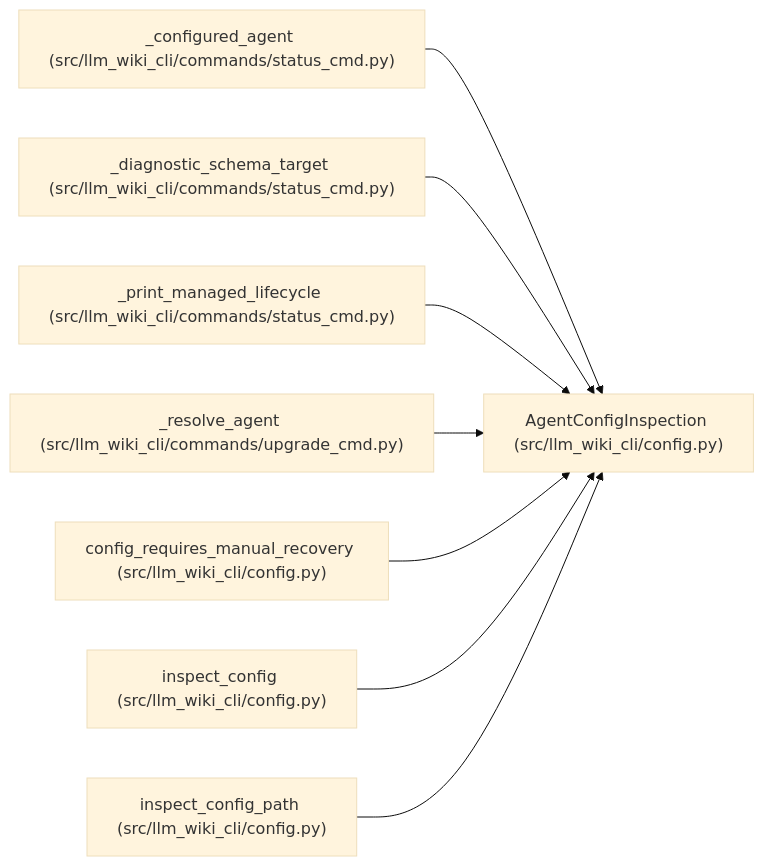
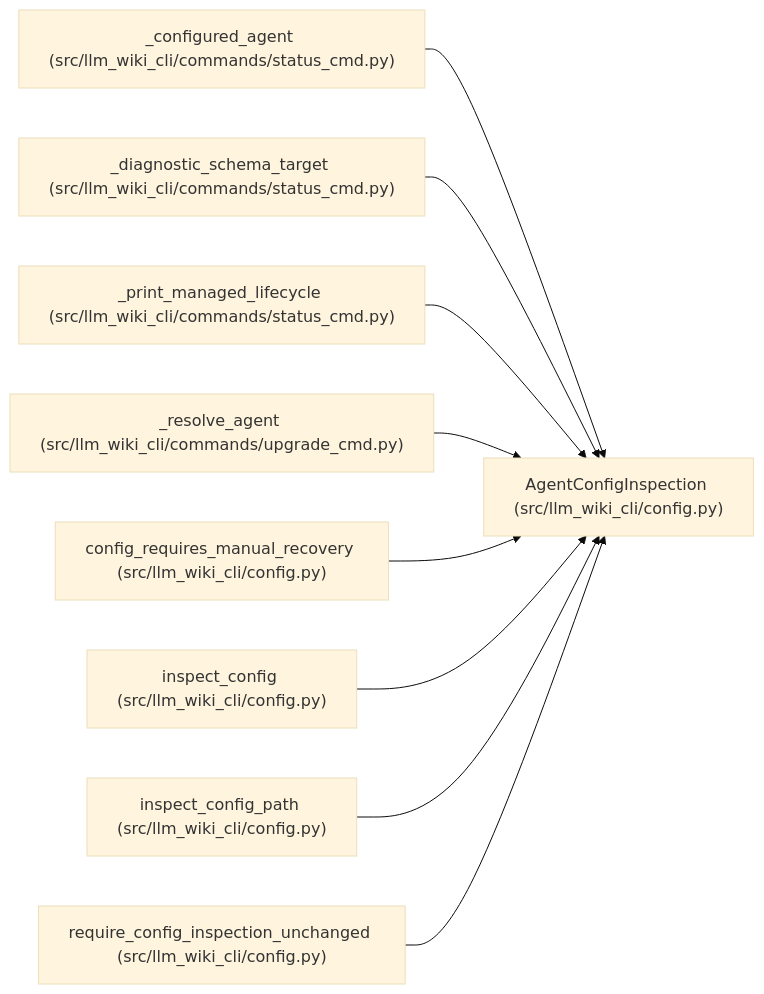
Before and after one commit to Denissvgn/python-wiki-llm: the diagram in docs/llm_wiki/entities/AgentConfigInspection.md, drawn with Mermaid (base theme). The commit also changed other lines of this file and 493 other files, not shown here.

````diff
--- a/docs/llm_wiki/entities/AgentConfigInspection.md
+++ b/docs/llm_wiki/entities/AgentConfigInspection.md
@@ -31,26 +31,29 @@
 ```mermaid
 flowchart LR
     n0["AgentConfigInspection (src/llm_wiki_cli/config.py)"]
     n1["_configured_agent (src/llm_wiki_cli/commands/status_cmd.py)"]
     n2["_diagnostic_schema_target (src/llm_wiki_cli/commands/status_cmd.py)"]
     n3["_print_managed_lifecycle (src/llm_wiki_cli/commands/status_cmd.py)"]
     n4["_resolve_agent (src/llm_wiki_cli/commands/upgrade_cmd.py)"]
     n5["config_requires_manual_recovery (src/llm_wiki_cli/config.py)"]
     n6["inspect_config (src/llm_wiki_cli/config.py)"]
     n7["inspect_config_path (src/llm_wiki_cli/config.py)"]
+    n8["require_config_inspection_unchanged (src/llm_wiki_cli/config.py)"]
     n1 --> n0
     n2 --> n0
     n3 --> n0
     n4 --> n0
     n5 --> n0
     n6 --> n0
     n7 --> n0
+    n8 --> n0
     click n0 "../modules/config.md"
     click n1 "../modules/status_cmd.md"
     click n2 "../modules/status_cmd.md"
     click n3 "../modules/status_cmd.md"
     click n4 "../modules/upgrade_cmd.md"
     click n5 "../modules/config.md"
     click n6 "../modules/config.md"
     click n7 "../modules/config.md"
+    click n8 "../modules/config.md"
 ```
````
